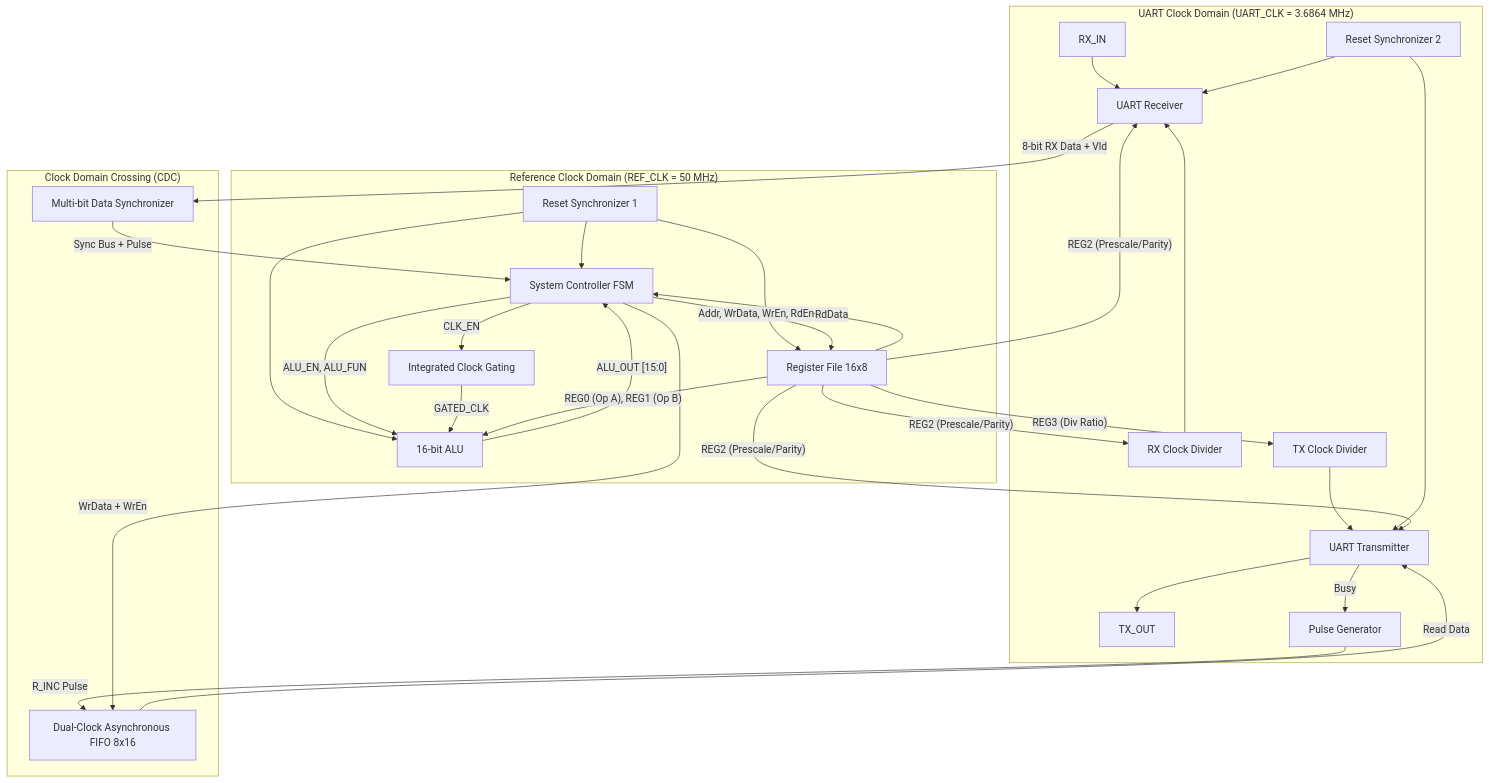
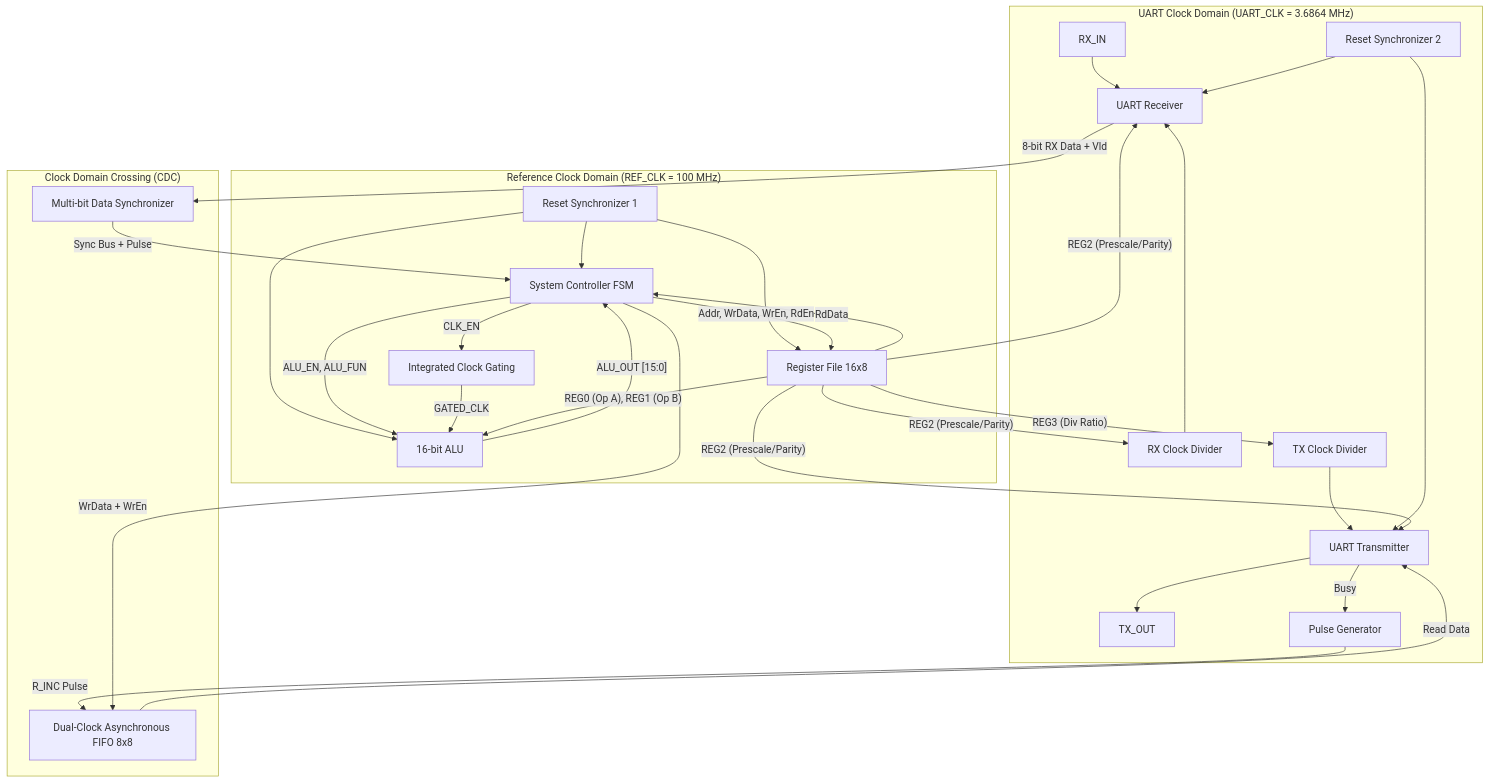
Before and after one commit to ahmedbadwy77/Low-Power-Multi-Clock-Digital-Communication-System: the first of 15 diagrams in README.md, drawn with Mermaid. The commit also changed other lines of this file, not shown here.

````diff
--- a/README.md
+++ b/README.md
@@ -50,32 +67,32 @@
 ```mermaid
 flowchart TB
     subgraph UART_Domain["UART Clock Domain (UART_CLK = 3.6864 MHz)"]
         RX_IN[RX_IN] --> UART_RX[UART Receiver]
         UART_TX[UART Transmitter] --> TX_OUT[TX_OUT]
         RX_CLK_DIV[RX Clock Divider] --> UART_RX
         TX_CLK_DIV[TX Clock Divider] --> UART_TX
         UART_RST_SYNC[Reset Synchronizer 2] --> UART_RX & UART_TX
         UART_TX -- "Busy" --> PULSE_GEN[Pulse Generator]
     end
 
     subgraph CDC_Interface["Clock Domain Crossing (CDC)"]
         UART_RX -- "8-bit RX Data + Vld" --> DATA_SYNC[Multi-bit Data Synchronizer]
-        ASYNC_FIFO[Dual-Clock Asynchronous FIFO 8x16] -- "Read Data" --> UART_TX
+        ASYNC_FIFO[Dual-Clock Asynchronous FIFO 8x8] -- "Read Data" --> UART_TX
         PULSE_GEN -- "R_INC Pulse" --> ASYNC_FIFO
     end
 
-    subgraph REF_Domain["Reference Clock Domain (REF_CLK = 50 MHz)"]
+    subgraph REF_Domain["Reference Clock Domain (REF_CLK = 100 MHz)"]
         REF_RST_SYNC[Reset Synchronizer 1] --> SYS_CTRL & REGFILE & ALU
         DATA_SYNC -- "Sync Bus + Pulse" --> SYS_CTRL[System Controller FSM]
         SYS_CTRL -- "Addr, WrData, WrEn, RdEn" --> REGFILE[Register File 16x8]
         SYS_CTRL -- "ALU_EN, ALU_FUN" --> ALU[16-bit ALU]
         SYS_CTRL -- "CLK_EN" --> CLK_GATE[Integrated Clock Gating]
         CLK_GATE -- "GATED_CLK" --> ALU
         REGFILE -- "REG0 (Op A), REG1 (Op B)" --> ALU
         SYS_CTRL -- "WrData + WrEn" --> ASYNC_FIFO
         ALU -- "ALU_OUT [15:0]" --> SYS_CTRL
         REGFILE -- "RdData" --> SYS_CTRL
         REGFILE -- "REG2 (Prescale/Parity)" --> UART_RX & UART_TX & RX_CLK_DIV
         REGFILE -- "REG3 (Div Ratio)" --> TX_CLK_DIV
     end
 ```
````
